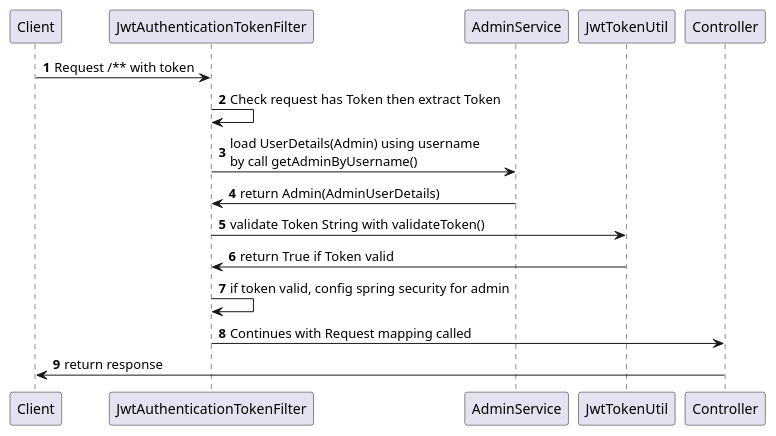
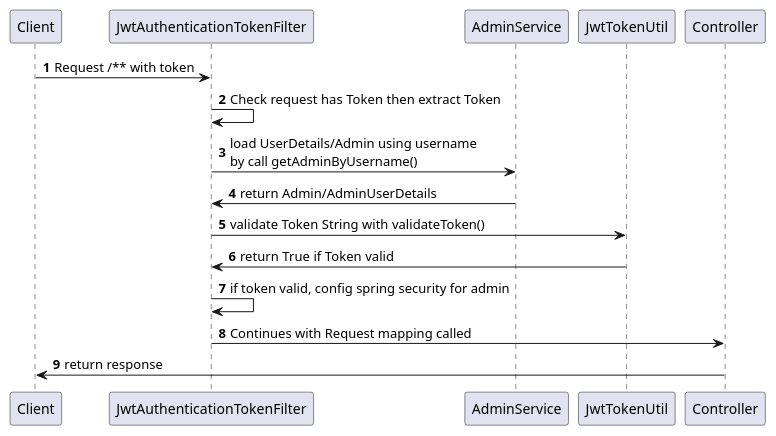
The diagram in diagram/validating-jwt.puml (truongvantuan/gg-admin), drawn with PlantUML before and after one commit. The commit also changed 14 other files, not shown here.

```diff
--- a/diagram/validating-jwt.puml
+++ b/diagram/validating-jwt.puml
@@ -1,12 +1,12 @@
 @startuml
 autonumber
 Client -> JwtAuthenticationTokenFilter : Request /** with token
 JwtAuthenticationTokenFilter -> JwtAuthenticationTokenFilter : Check request has Token then extract Token
-JwtAuthenticationTokenFilter -> AdminService : load UserDetails(Admin) using username \nby call getAdminByUsername()
-AdminService -> JwtAuthenticationTokenFilter : return Admin(AdminUserDetails)
+JwtAuthenticationTokenFilter -> AdminService : load UserDetails/Admin using username \nby call getAdminByUsername()
+AdminService -> JwtAuthenticationTokenFilter : return Admin/AdminUserDetails
 JwtAuthenticationTokenFilter -> JwtTokenUtil : validate Token String with validateToken()
 JwtTokenUtil -> JwtAuthenticationTokenFilter : return True if Token valid
 JwtAuthenticationTokenFilter -> JwtAuthenticationTokenFilter : if token valid, config spring security for admin
 JwtAuthenticationTokenFilter -> Controller : Continues with Request mapping called
 Controller -> Client : return response
 @enduml
```
